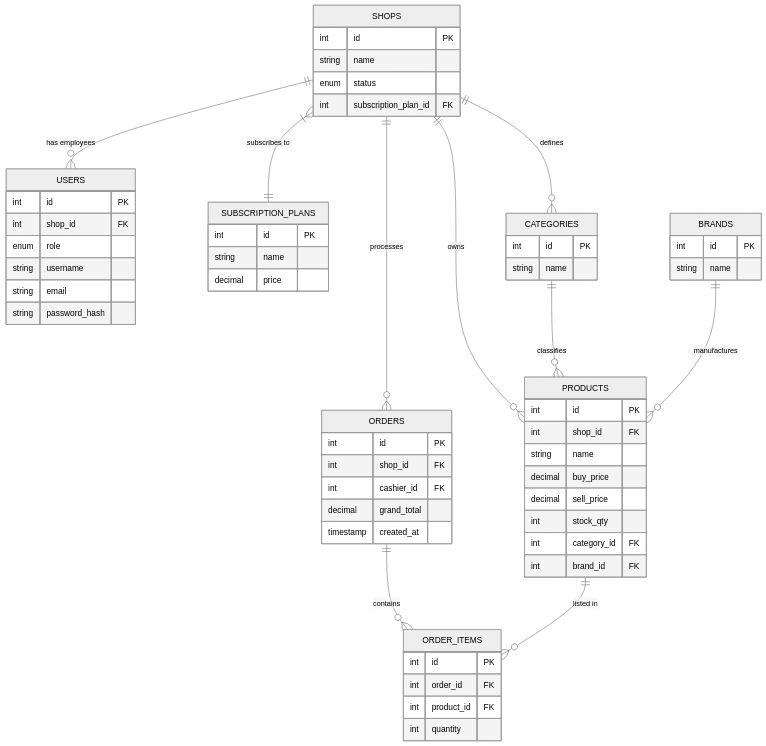
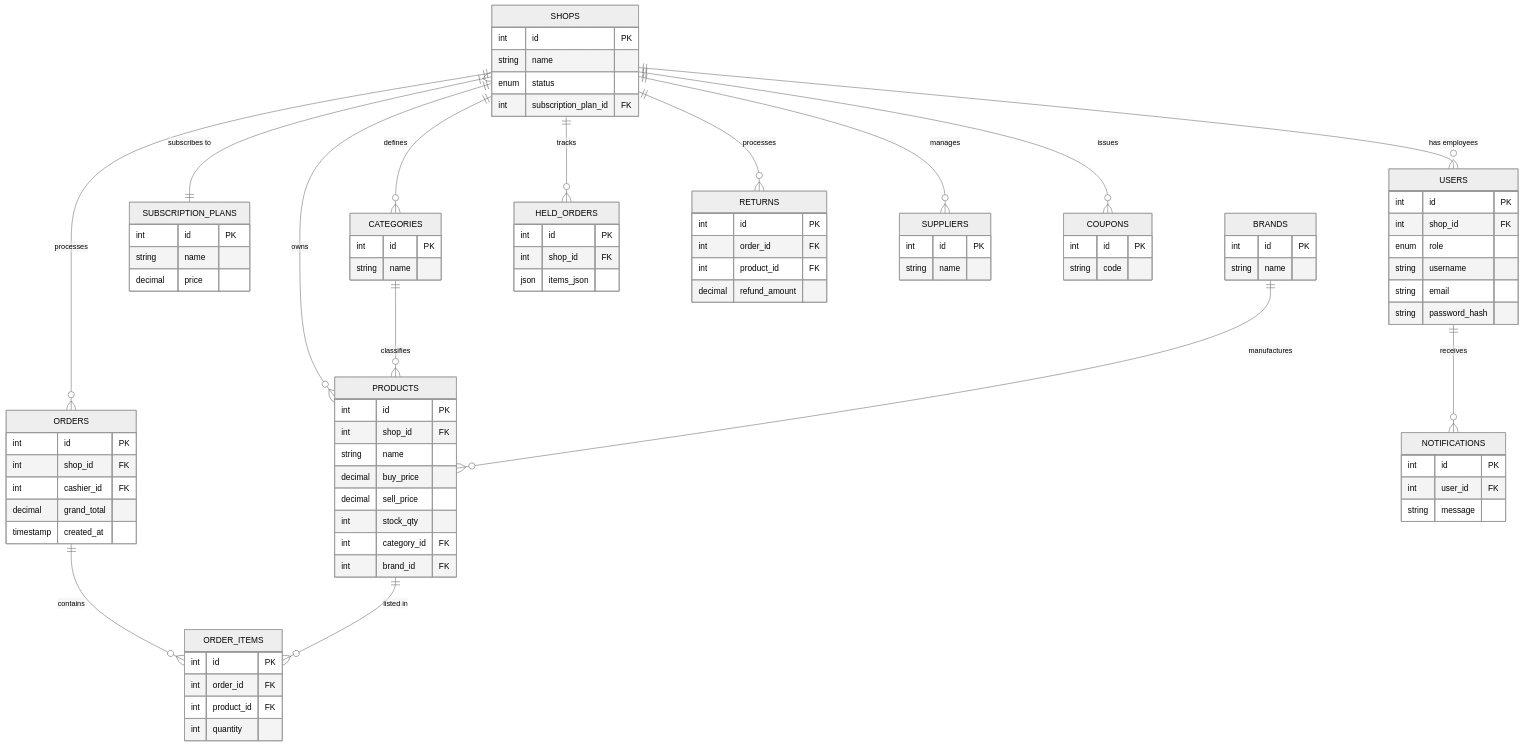
Before and after one commit to MahbubHasan777/POS-php: the first of 2 diagrams in diagrams.md, drawn with Mermaid (neutral theme). The commit also changed 9 other files, not shown here.

Commit message:
Final Release: Cashier POS, Returns, Hold Order, Notifications

````diff
--- a/diagrams.md
+++ b/diagrams.md
@@ -56,13 +56,43 @@
         int quantity
     }
 
+    HELD_ORDERS {
+        int id PK
+        int shop_id FK
+        json items_json
+    }
+    RETURNS {
+        int id PK
+        int order_id FK
+        int product_id FK
+        decimal refund_amount
+    }
+    NOTIFICATIONS {
+        int id PK
+        int user_id FK
+        string message
+    }
+    SUPPLIERS {
+        int id PK
+        string name
+    }
+    COUPONS {
+        int id PK
+        string code
+    }
+
     SHOPS ||--o{ USERS : "has employees"
     SHOPS }|--|| SUBSCRIPTION_PLANS : "subscribes to"
     SHOPS ||--o{ PRODUCTS : "owns"
     SHOPS ||--o{ CATEGORIES : "defines"
     SHOPS ||--o{ ORDERS : "processes"
+    SHOPS ||--o{ HELD_ORDERS : "tracks"
+    SHOPS ||--o{ RETURNS : "processes"
+    SHOPS ||--o{ SUPPLIERS : "manages"
+    SHOPS ||--o{ COUPONS : "issues"
     ORDERS ||--o{ ORDER_ITEMS : "contains"
     PRODUCTS ||--o{ ORDER_ITEMS : "listed in"
     CATEGORIES ||--o{ PRODUCTS : "classifies"
     BRANDS ||--o{ PRODUCTS : "manufactures"
+    USERS ||--o{ NOTIFICATIONS : "receives"
 ```
````
